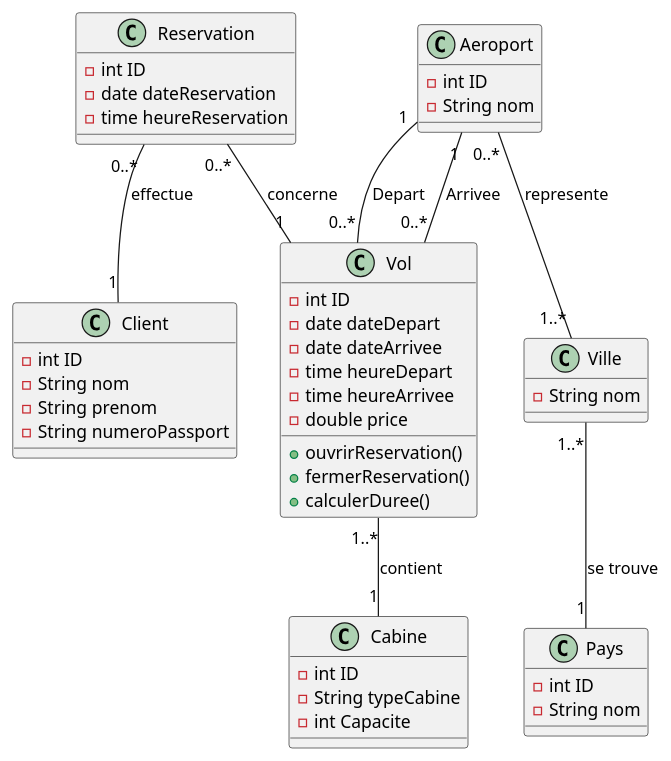
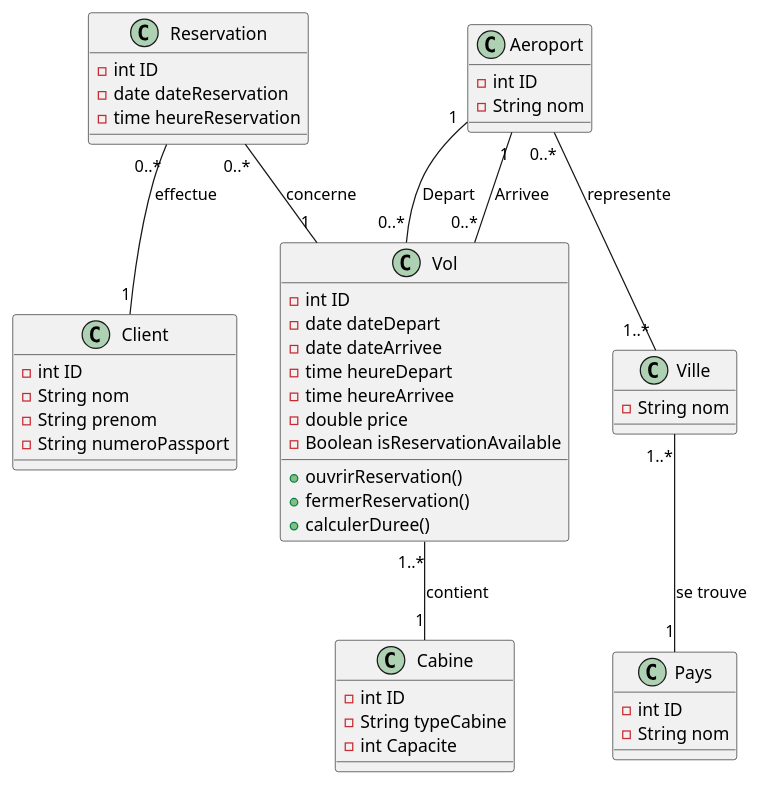
Before and after one commit to HamzaBht/Project_JAVA_EE: the diagram in Resources/Class.plantuml, drawn with PlantUML.

Commit message:
class diagram modification

```diff
--- a/Resources/Class.plantuml
+++ b/Resources/Class.plantuml
@@ -1,52 +1,53 @@
 @startuml Vols
 class Vol{
     -int ID
     -date dateDepart
     -date dateArrivee
     -time heureDepart
     -time heureArrivee
     -double price
+    -Boolean isReservationAvailable
     +ouvrirReservation()
     +fermerReservation()
     +calculerDuree()
 }
 class Reservation{
     -int ID
     -date dateReservation
     -time heureReservation
 }
 class Client{
     -int ID
     -String nom
     -String prenom
     -String numeroPassport
 }
 class Aeroport{
     -int ID
     -String nom
 }
 class Ville{
     -String nom
 }
 class Cabine{
     -int ID
     -String typeCabine
     -int Capacite
 }
 class Pays{
     -int ID
     -String nom
 }
 
 Reservation "0..*" --  "1" Vol :concerne 
 Reservation "0..*" --  "1" Client :effectue 
 Vol "1..*" -- "1" Cabine :contient
 Aeroport "0..*" -- "1..*" Ville :represente
 Aeroport "1" -- "0..*" Vol : Depart
 Aeroport "1" -- "0..*" Vol : Arrivee
 Ville "1..*" -- "1" Pays :se trouve
 
 
 
 
 @enduml
```
